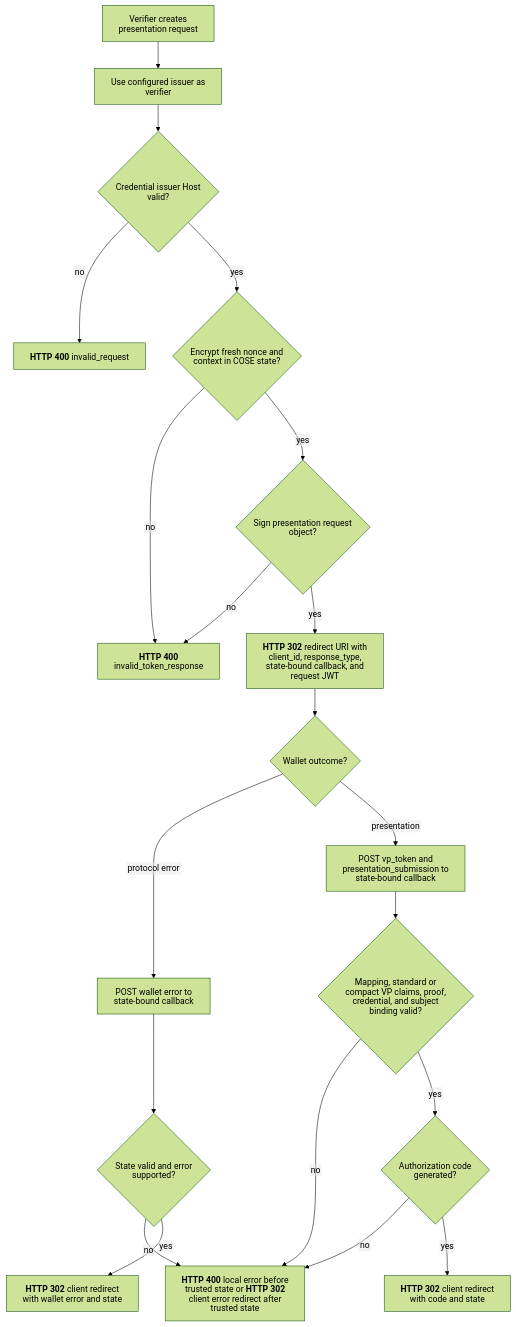
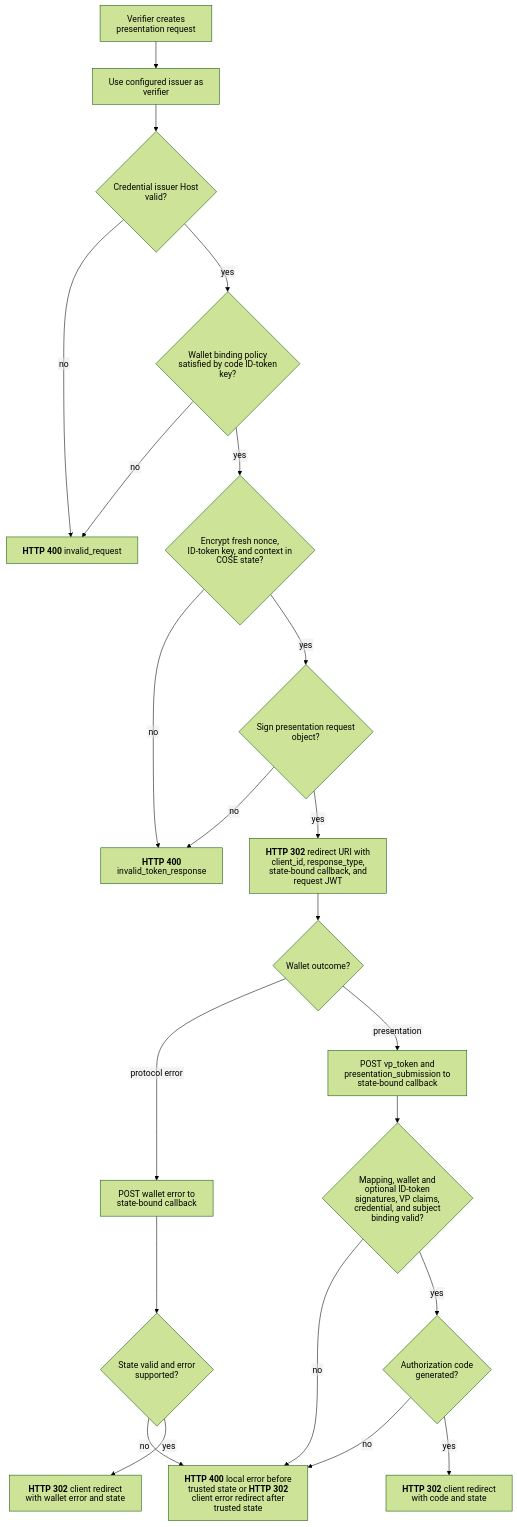
One commit to malach-it/kagome changed the diagram in docs/flows/openid4vp/presentation.mmd. Above: the diagram before and after it, drawn with Mermaid (forest theme). The commit also changed 42 other files, not shown here.

Commit message:
feat: add configurable wallet key binding

```diff
--- a/docs/flows/openid4vp/presentation.mmd
+++ b/docs/flows/openid4vp/presentation.mmd
@@ -1,21 +1,23 @@
 %%{init: {"htmlLabels": false, "flowchart": {"htmlLabels": false}}}%%
 flowchart TD
     begin[Verifier creates presentation request] --> verifier[Use configured issuer as verifier]
     verifier --> issuer{Credential issuer Host valid?}
     issuer -- no --> request_error["`**HTTP 400** invalid_request`"]
-    issuer -- yes --> protect{Encrypt fresh nonce and context in COSE state?}
+    issuer -- yes --> policy{Wallet binding policy satisfied by code ID-token key?}
+    policy -- no --> request_error
+    policy -- yes --> protect{Encrypt fresh nonce, ID-token key, and context in COSE state?}
     protect -- no --> generation_error["`**HTTP 400** invalid_token_response`"]
     protect -- yes --> sign{Sign presentation request object?}
     sign -- no --> generation_error
     sign -- yes --> authorization["`**HTTP 302** redirect URI with client_id, response_type, state-bound callback, and request JWT`"]
     authorization --> wallet{Wallet outcome?}
     wallet -- protocol error --> post_error[POST wallet error to state-bound callback]
     wallet -- presentation --> post_vp[POST vp_token and presentation_submission to state-bound callback]
     post_error --> error_state{State valid and error supported?}
     error_state -- no --> response_error["`**HTTP 400** local error before trusted state or **HTTP 302** client error redirect after trusted state`"]
     error_state -- yes --> error_redirect["`**HTTP 302** client redirect with wallet error and state`"]
-    post_vp --> validate{Mapping, standard or compact VP claims, proof, credential, and subject binding valid?}
+    post_vp --> validate{Mapping, wallet and optional ID-token signatures, VP claims, credential, and subject binding valid?}
     validate -- no --> response_error
     validate -- yes --> code{Authorization code generated?}
     code -- no --> response_error
     code -- yes --> success["`**HTTP 302** client redirect with code and state`"]
```
